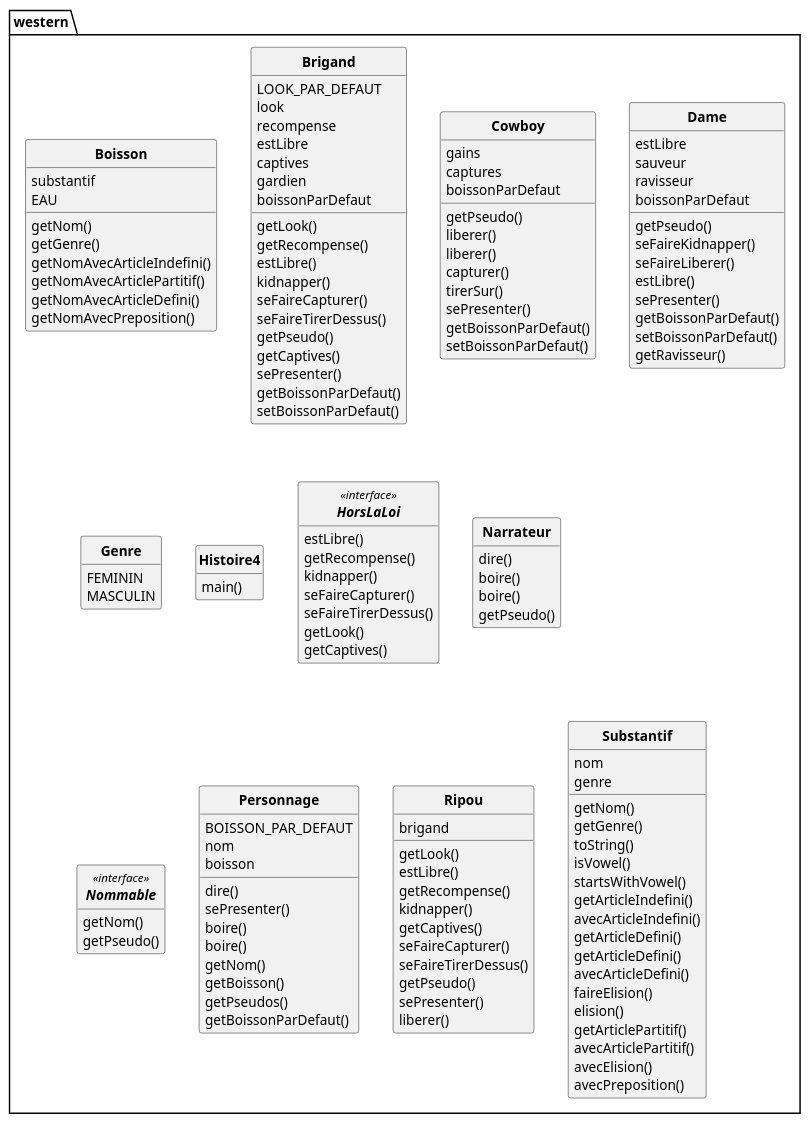
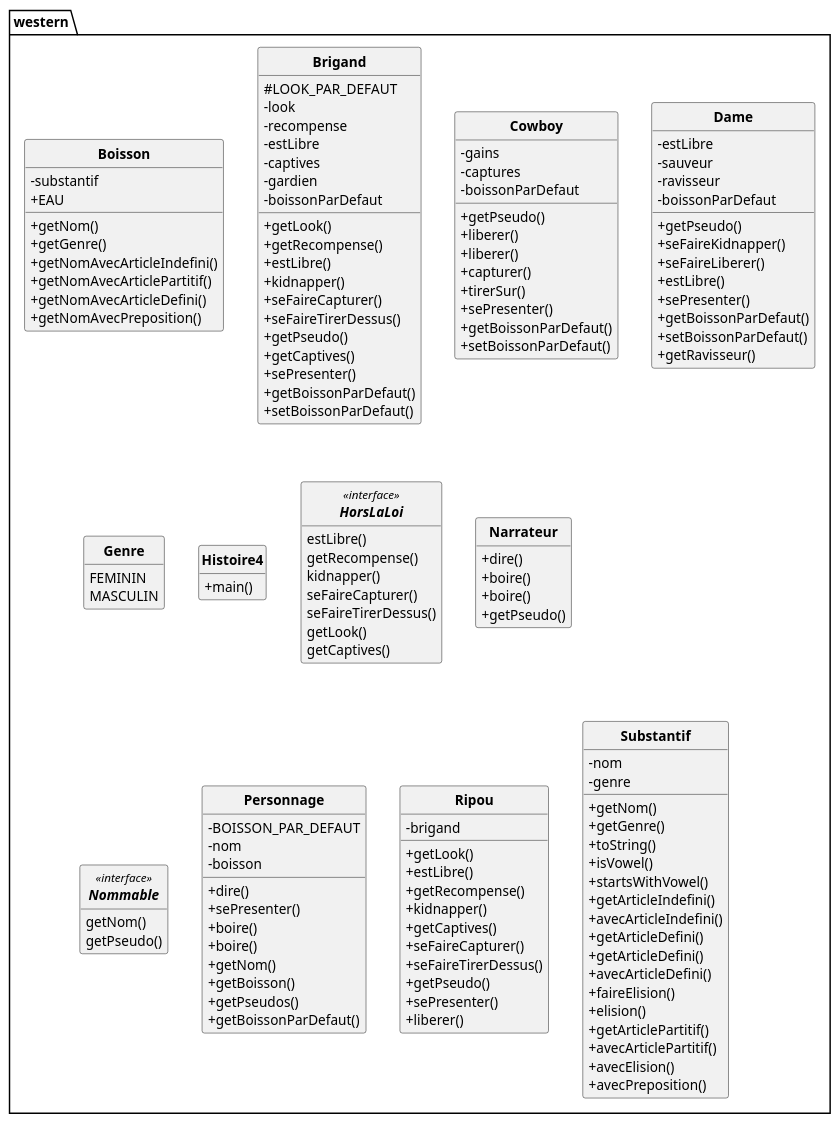
Before and after one commit to DimToups/Java-to-PUML-converter: the diagram in out/production/p21_projet/pumlFromJava/westernClass.puml, drawn with PlantUML. The commit also changed 7 other files, not shown here.

```diff
--- a/out/production/p21_projet/pumlFromJava/westernClass.puml
+++ b/out/production/p21_projet/pumlFromJava/westernClass.puml
@@ -1,153 +1,153 @@
 @startuml
 'https://plantuml.com/class-diagram
 skinparam style strictuml
 skinparam classAttributeIconSize 0
 skinparam classFontStyle Bold
 
 hide empty members
 
 package western{
 class Boisson{
-substantif
-EAU
-getNom()
-getGenre()
-getNomAvecArticleIndefini()
-getNomAvecArticlePartitif()
-getNomAvecArticleDefini()
-getNomAvecPreposition()
+- substantif
++ EAU
++ getNom()
++ getGenre()
++ getNomAvecArticleIndefini()
++ getNomAvecArticlePartitif()
++ getNomAvecArticleDefini()
++ getNomAvecPreposition()
 }
 
 class Brigand{
-LOOK_PAR_DEFAUT
-look
-recompense
-estLibre
-captives
-gardien
-boissonParDefaut
-getLook()
-getRecompense()
-estLibre()
-kidnapper()
-seFaireCapturer()
-seFaireTirerDessus()
-getPseudo()
-getCaptives()
-sePresenter()
-getBoissonParDefaut()
-setBoissonParDefaut()
+# LOOK_PAR_DEFAUT
+- look
+- recompense
+- estLibre
+- captives
+- gardien
+- boissonParDefaut
++ getLook()
++ getRecompense()
++ estLibre()
++ kidnapper()
++ seFaireCapturer()
++ seFaireTirerDessus()
++ getPseudo()
++ getCaptives()
++ sePresenter()
++ getBoissonParDefaut()
++ setBoissonParDefaut()
 }
 
 class Cowboy{
-gains
-captures
-boissonParDefaut
-getPseudo()
-liberer()
-liberer()
-capturer()
-tirerSur()
-sePresenter()
-getBoissonParDefaut()
-setBoissonParDefaut()
+- gains
+- captures
+- boissonParDefaut
++ getPseudo()
++ liberer()
++ liberer()
++ capturer()
++ tirerSur()
++ sePresenter()
++ getBoissonParDefaut()
++ setBoissonParDefaut()
 }
 
 class Dame{
-estLibre
-sauveur
-ravisseur
-boissonParDefaut
-getPseudo()
-seFaireKidnapper()
-seFaireLiberer()
-estLibre()
-sePresenter()
-getBoissonParDefaut()
-setBoissonParDefaut()
-getRavisseur()
+- estLibre
+- sauveur
+- ravisseur
+- boissonParDefaut
++ getPseudo()
++ seFaireKidnapper()
++ seFaireLiberer()
++ estLibre()
++ sePresenter()
++ getBoissonParDefaut()
++ setBoissonParDefaut()
++ getRavisseur()
 }
 
 class Genre{
 FEMININ
 MASCULIN
 }
 
 class Histoire4{
-main()
++ main()
 }
 
 interface HorsLaLoi<<interface>>{
 estLibre()
 getRecompense()
 kidnapper()
 seFaireCapturer()
 seFaireTirerDessus()
 getLook()
 getCaptives()
 }
 
 class Narrateur{
-dire()
-boire()
-boire()
-getPseudo()
++ dire()
++ boire()
++ boire()
++ getPseudo()
 }
 
 interface Nommable<<interface>>{
 getNom()
 getPseudo()
 }
 
 class Personnage{
-BOISSON_PAR_DEFAUT
-nom
-boisson
-dire()
-sePresenter()
-boire()
-boire()
-getNom()
-getBoisson()
-getPseudos()
-getBoissonParDefaut()
+- BOISSON_PAR_DEFAUT
+- nom
+- boisson
++ dire()
++ sePresenter()
++ boire()
++ boire()
++ getNom()
++ getBoisson()
++ getPseudos()
++ getBoissonParDefaut()
 }
 
 class Ripou{
-brigand
-getLook()
-estLibre()
-getRecompense()
-kidnapper()
-getCaptives()
-seFaireCapturer()
-seFaireTirerDessus()
-getPseudo()
-sePresenter()
-liberer()
+- brigand
++ getLook()
++ estLibre()
++ getRecompense()
++ kidnapper()
++ getCaptives()
++ seFaireCapturer()
++ seFaireTirerDessus()
++ getPseudo()
++ sePresenter()
++ liberer()
 }
 
 class Substantif{
-nom
-genre
-getNom()
-getGenre()
-toString()
-isVowel()
-startsWithVowel()
-getArticleIndefini()
-avecArticleIndefini()
-getArticleDefini()
-getArticleDefini()
-avecArticleDefini()
-faireElision()
-elision()
-getArticlePartitif()
-avecArticlePartitif()
-avecElision()
-avecPreposition()
+- nom
+- genre
++ getNom()
++ getGenre()
++ toString()
++ isVowel()
++ startsWithVowel()
++ getArticleIndefini()
++ avecArticleIndefini()
++ getArticleDefini()
++ getArticleDefini()
++ avecArticleDefini()
++ faireElision()
++ elision()
++ getArticlePartitif()
++ avecArticlePartitif()
++ avecElision()
++ avecPreposition()
 }
 
 
 }
 @enduml
```
